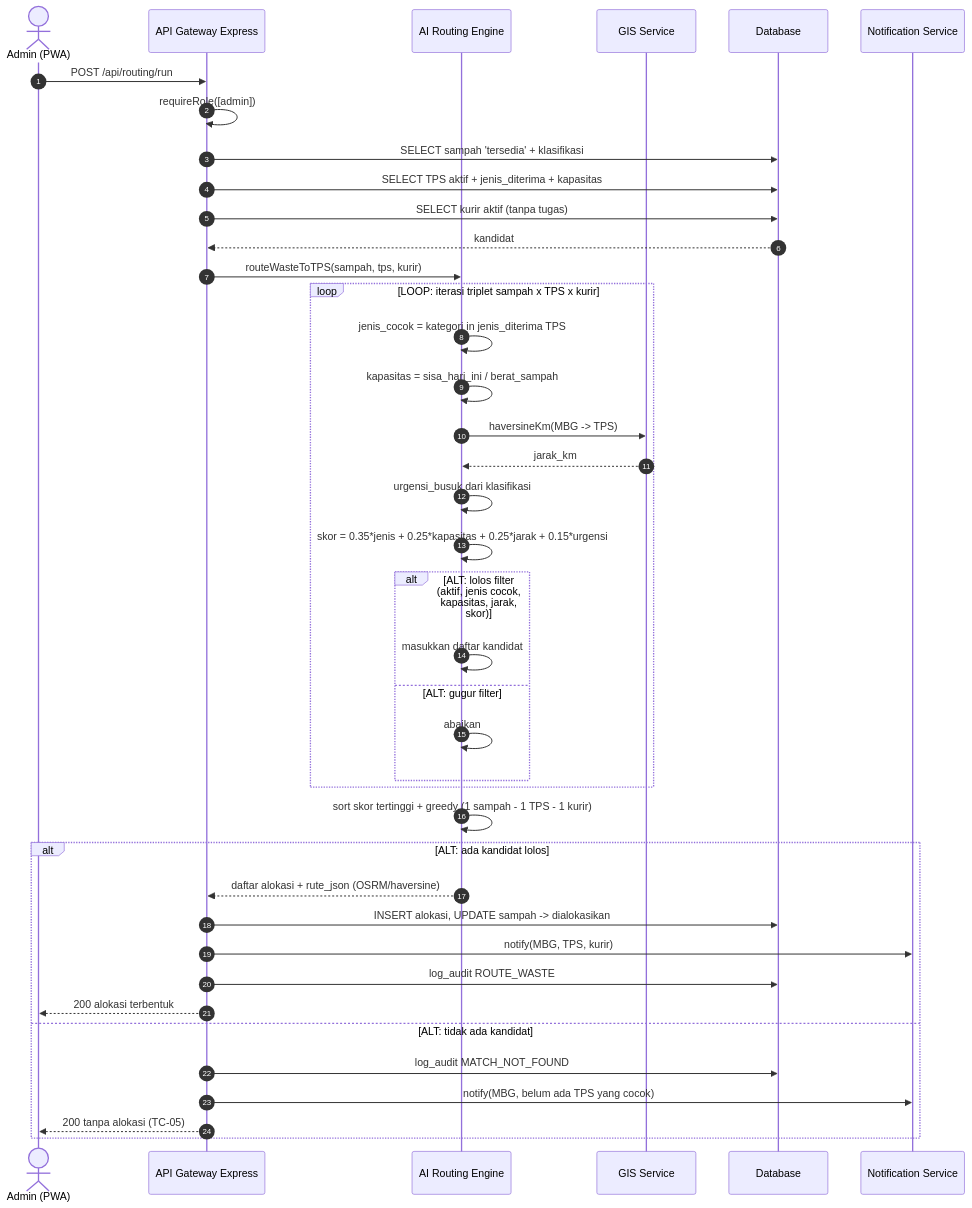
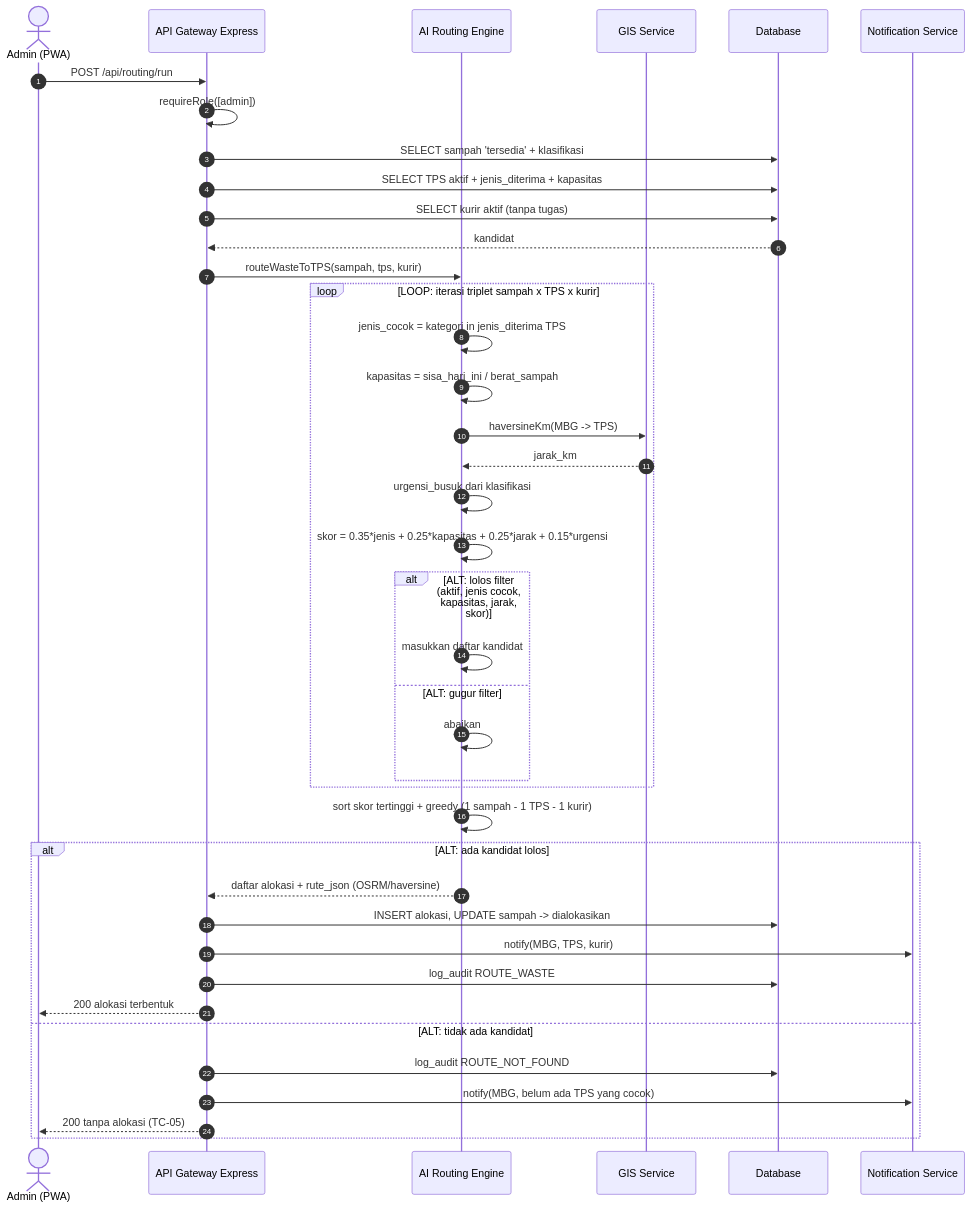
The eighth of 10 diagrams in docs/arsitektur/Dokumen_Arsitektur_Sistem_EcoMatch_v2.0.md (naylaaurellia18-web/ecomatch), drawn with Mermaid before and after one commit. The commit also changed other lines of this file and 8 other files, not shown here.

````diff
--- a/docs/arsitektur/Dokumen_Arsitektur_Sistem_EcoMatch_v2.0.md
+++ b/docs/arsitektur/Dokumen_Arsitektur_Sistem_EcoMatch_v2.0.md
@@ -448,45 +448,45 @@
 ```mermaid
 sequenceDiagram
     autonumber
     actor A as Admin (PWA)
     participant API as API Gateway Express
     participant RE as AI Routing Engine
     participant GIS as GIS Service
     participant DB as Database
     participant NS as Notification Service
 
     A->>API: POST /api/routing/run
     API->>API: requireRole([admin])
     API->>DB: SELECT sampah 'tersedia' + klasifikasi
     API->>DB: SELECT TPS aktif + jenis_diterima + kapasitas
     API->>DB: SELECT kurir aktif (tanpa tugas)
     DB-->>API: kandidat
     API->>RE: routeWasteToTPS(sampah, tps, kurir)
 
     loop LOOP: iterasi triplet sampah x TPS x kurir
         RE->>RE: jenis_cocok = kategori in jenis_diterima TPS
         RE->>RE: kapasitas = sisa_hari_ini / berat_sampah
         RE->>GIS: haversineKm(MBG -> TPS)
         GIS-->>RE: jarak_km
         RE->>RE: urgensi_busuk dari klasifikasi
         RE->>RE: skor = 0.35*jenis + 0.25*kapasitas + 0.25*jarak + 0.15*urgensi
         alt ALT: lolos filter (aktif, jenis cocok, kapasitas, jarak, skor)
             RE->>RE: masukkan daftar kandidat
         else ALT: gugur filter
             RE->>RE: abaikan
         end
     end
 
     RE->>RE: sort skor tertinggi + greedy (1 sampah - 1 TPS - 1 kurir)
     alt ALT: ada kandidat lolos
         RE-->>API: daftar alokasi + rute_json (OSRM/haversine)
         API->>DB: INSERT alokasi, UPDATE sampah -> dialokasikan
         API->>NS: notify(MBG, TPS, kurir)
         API->>DB: log_audit ROUTE_WASTE
         API-->>A: 200 alokasi terbentuk
     else ALT: tidak ada kandidat
-        API->>DB: log_audit MATCH_NOT_FOUND
+        API->>DB: log_audit ROUTE_NOT_FOUND
         API->>NS: notify(MBG, belum ada TPS yang cocok)
         API-->>A: 200 tanpa alokasi (TC-05)
     end
 ```
````
